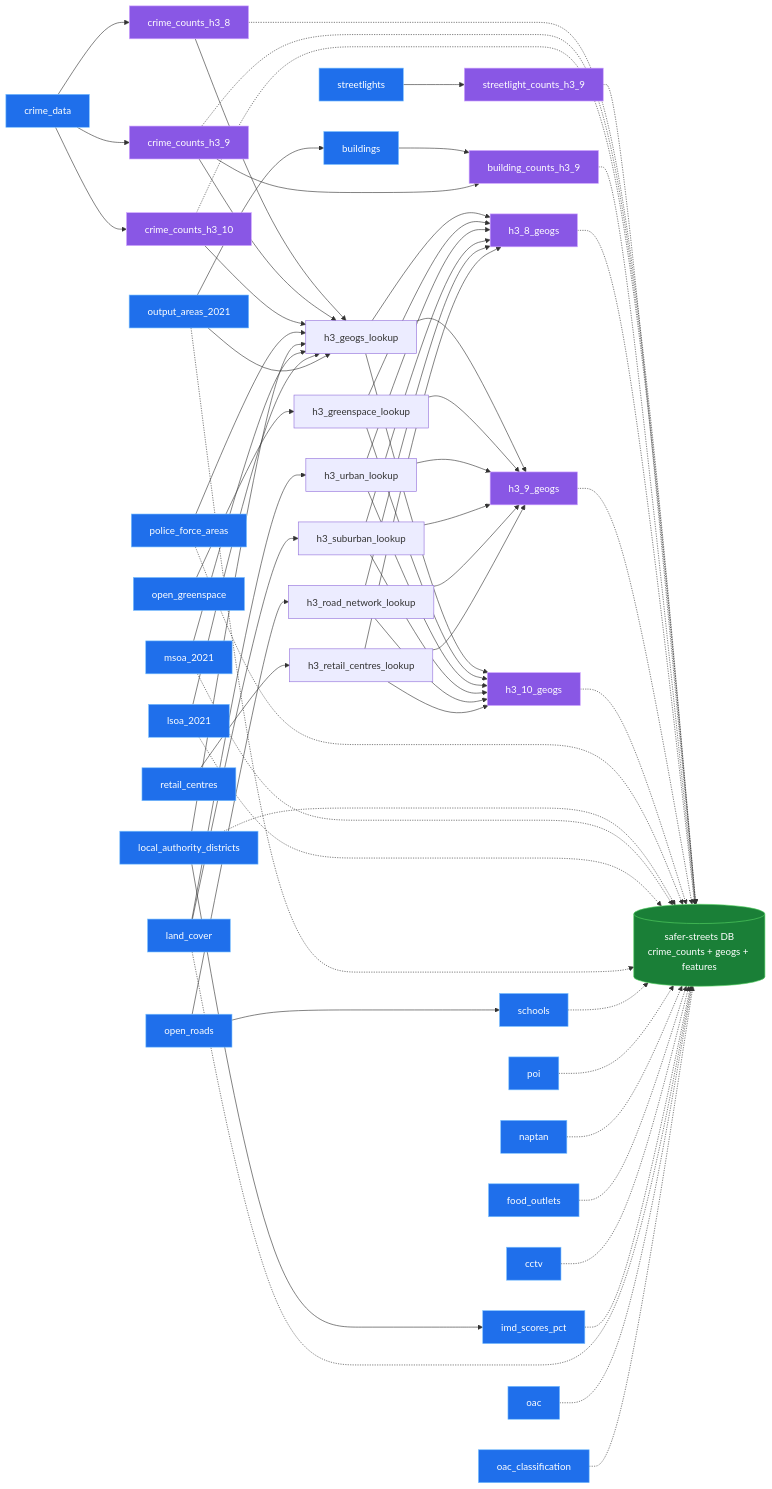
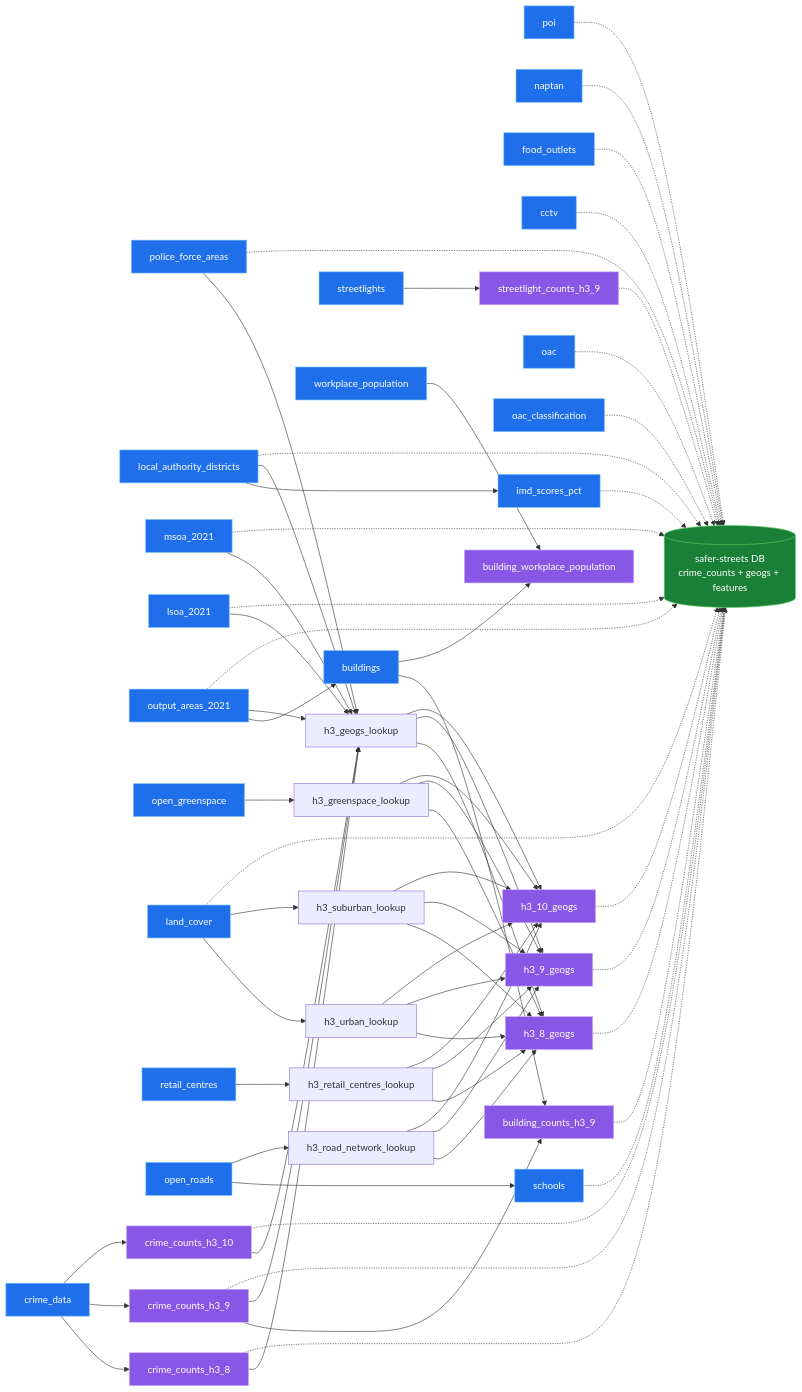
Before and after one commit to safer-streets/safer-streets-tooling: the diagram in README.md, drawn with Mermaid. The commit also changed other lines of this file and 8 other files, not shown here.

First line of the commit message:
Add workplace_population extract + building_workplace transform

````diff
--- a/README.md
+++ b/README.md
@@ -65,12 +65,14 @@
    imd_scores_pct
    oac
    oac_classification
+   workplace_population
 
    crime_counts_h3_8
    crime_counts_h3_9
    crime_counts_h3_10
    streetlight_counts_h3_9
    building_counts_h3_9
+   building_workplace_population
    h3_geogs_lookup
    h3_greenspace_lookup
    h3_urban_lookup
@@ -96,6 +98,8 @@
     streetlights --> streetlight_counts_h3_9
     buildings --> building_counts_h3_9
     crime_counts_h3_9 --> building_counts_h3_9
+    buildings --> building_workplace_population
+    workplace_population --> building_workplace_population
     crime_counts_h3_8 --> h3_geogs_lookup
     crime_counts_h3_9 --> h3_geogs_lookup
     crime_counts_h3_10 --> h3_geogs_lookup
@@ -156,7 +160,7 @@
     classDef extract fill:#1f6feb,stroke:#79c0ff,stroke-width:1px,color:#ffffff;
     classDef transform fill:#8957e5,stroke:#d2a8ff,stroke-width:1px,color:#ffffff;
     classDef load fill:#1a7f37,stroke:#56d364,stroke-width:1px,color:#ffffff;
-    class crime_data,police_force_areas,local_authority_districts,msoa_2021,lsoa_2021,output_areas_2021,open_greenspace,land_cover,buildings,retail_centres,open_roads,poi,naptan,food_outlets,streetlights,cctv,schools,imd_scores_pct,oac,oac_classification extract;
-    class crime_counts_h3_8,crime_counts_h3_9,crime_counts_h3_10,streetlight_counts_h3_9,building_counts_h3_9,h3_8_geogs,h3_9_geogs,h3_10_geogs transform;
+    class crime_data,police_force_areas,local_authority_districts,msoa_2021,lsoa_2021,output_areas_2021,open_greenspace,land_cover,buildings,retail_centres,open_roads,poi,naptan,food_outlets,streetlights,cctv,schools,imd_scores_pct,oac,oac_classification,workplace_population extract;
+    class crime_counts_h3_8,crime_counts_h3_9,crime_counts_h3_10,streetlight_counts_h3_9,building_counts_h3_9,building_workplace_population,h3_8_geogs,h3_9_geogs,h3_10_geogs transform;
     class database load;
 ```
````
